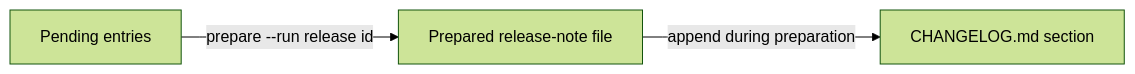
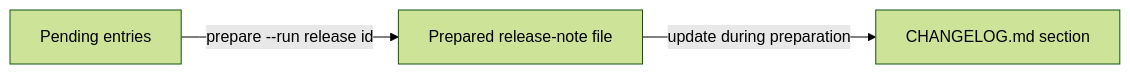
Before and after one commit to tooppoo/rellog: the first of 4 diagrams in docs/workflow.md, drawn with Mermaid (forest theme). The commit also changed other lines of this file and 20 other files, not shown here.

````diff
--- a/docs/workflow.md
+++ b/docs/workflow.md
@@ -19,9 +19,9 @@
 ```mermaid
 flowchart LR
   entries[Pending entries]
   notes[Prepared release-note file]
   changelog[CHANGELOG.md section]
 
   entries -->|prepare --run release id| notes
-  notes -->|append during preparation| changelog
+  notes -->|update during preparation| changelog
 ```
````
